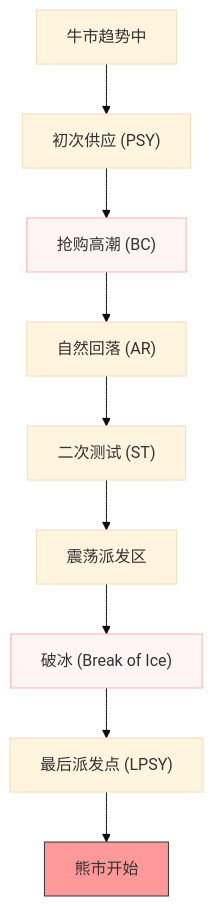
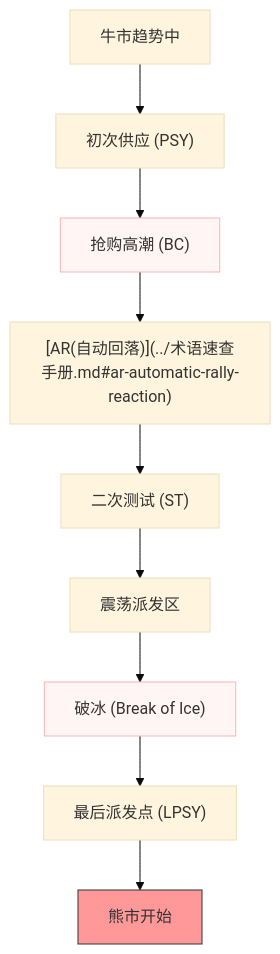
One commit to bigzhu/Wyckoff changed the first of 2 diagrams in docs/第三章_威氏逃顶策略/第二节_CM的出货过程.md. Above: the diagram before and after it, drawn with Mermaid (base theme). The commit also changed other lines of this file and 8 other files, not shown here.

````diff
--- a/docs/第三章_威氏逃顶策略/第二节_CM的出货过程.md
+++ b/docs/第三章_威氏逃顶策略/第二节_CM的出货过程.md
@@ -25,14 +25,14 @@
 ```mermaid
 graph TD
     A[牛市趋势中] --> B["初次供应 (PSY)"]
     B --> C["抢购高潮 (BC)"]
-    C --> D["自然回落 (AR)"]
+    C --> D["[AR(自动回落)](../术语速查手册.md#ar-automatic-rally-reaction)"]
     D --> E["二次测试 (ST)"]
     E --> F[震荡派发区]
     F --> G["破冰 (Break of Ice)"]
     G --> H["最后派发点 (LPSY)"]
     H --> I[熊市开始]
     style C fill:#fff5f5,stroke:#feb2b2
     style G fill:#fff5f5,stroke:#feb2b2
     style I fill:#f99,stroke:#333
 ```
````
